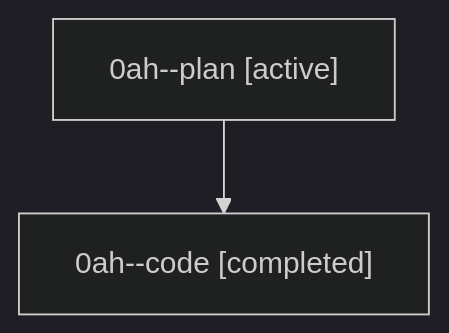
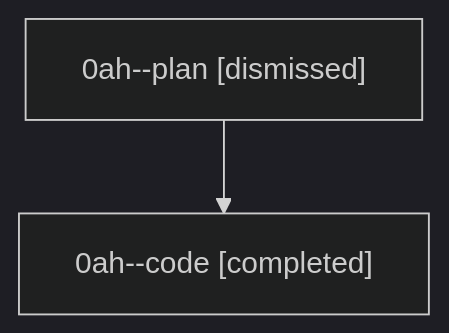
Before and after one commit to sase-org/sase--agents: the diagram in sessions/bbugyi200.athena.0ah.md, drawn with Mermaid (dark theme). The commit also changed other lines of this file and 34 other files, not shown here.

````diff
--- a/sessions/bbugyi200.athena.0ah.md
+++ b/sessions/bbugyi200.athena.0ah.md
@@ -9,6 +9,6 @@
 ```mermaid
 flowchart TD
-  n0["0ah--plan [active]"]
+  n0["0ah--plan [dismissed]"]
   n1["0ah--code [completed]"]
   n0 --> n1
 ```
````
